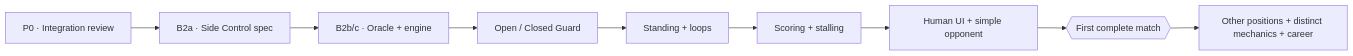
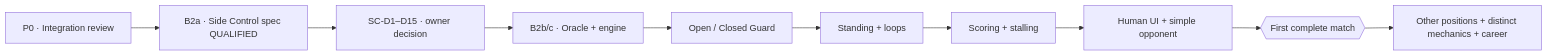
Before and after one commit to theaxlklo/BJJ-Game: the diagram in docs/project/OVERSIGHT_LEDGER.md, drawn with Mermaid. The commit also changed other lines of this file, not shown here.

Commit message:
docs(oversight): log verified Claude B2a PR #65 and pending Side Control owner decisions

````diff
--- a/docs/project/OVERSIGHT_LEDGER.md
+++ b/docs/project/OVERSIGHT_LEDGER.md
@@ -25,11 +25,12 @@
 ```mermaid
 flowchart LR
-  P0["P0 · Integration review"] --> P1["B2a · Side Control spec"]
-  P1 --> P2["B2b/c · Oracle + engine"]
+  P0["P0 · Integration review"] --> P1["B2a · Side Control spec QUALIFIED"]
+  P1 --> D["SC-D1–D15 · owner decision"]
+  D --> P2["B2b/c · Oracle + engine"]
   P2 --> G["Open / Closed Guard"]
   G --> ST["Standing + loops"]
   ST --> R["Scoring + stalling"]
   R --> UI["Human UI + simple opponent"]
   UI --> MVP{{"First complete match"}}
   MVP --> MORE["Other positions + distinct mechanics + career"]
 ```
````
